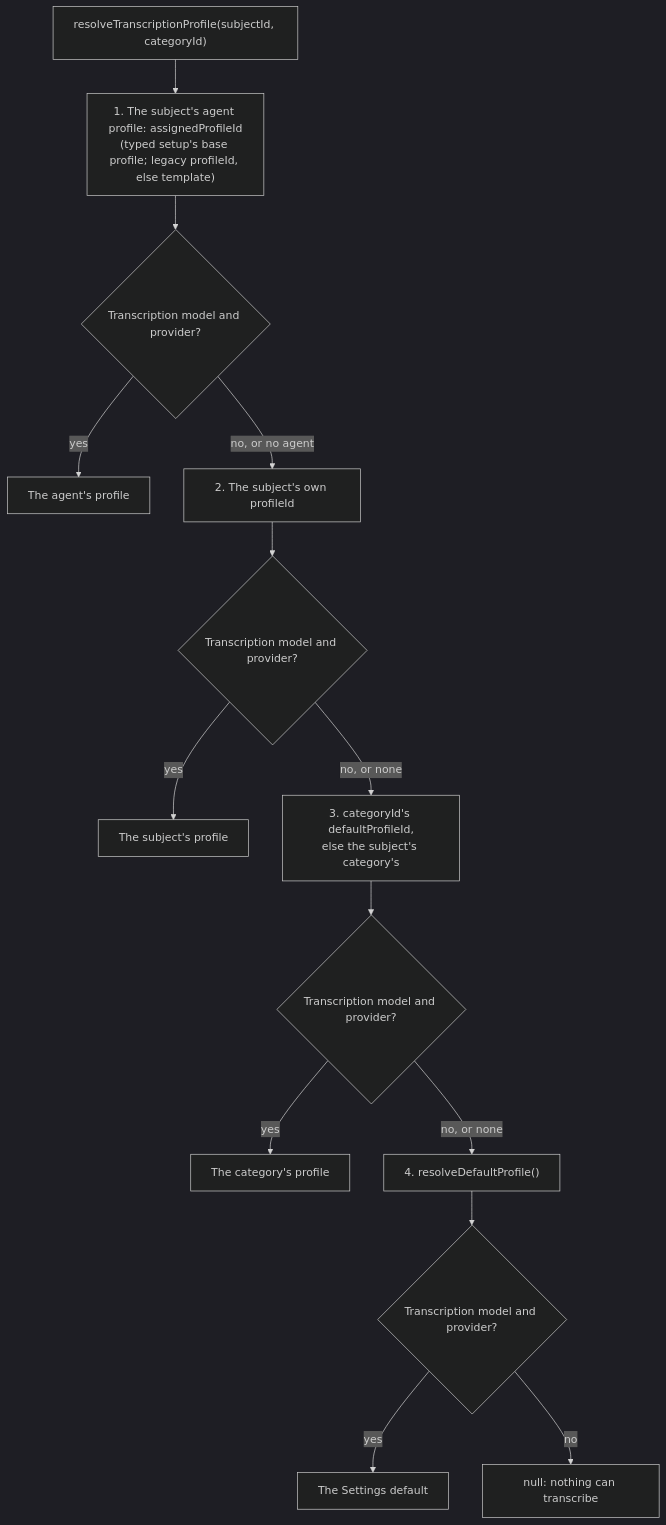
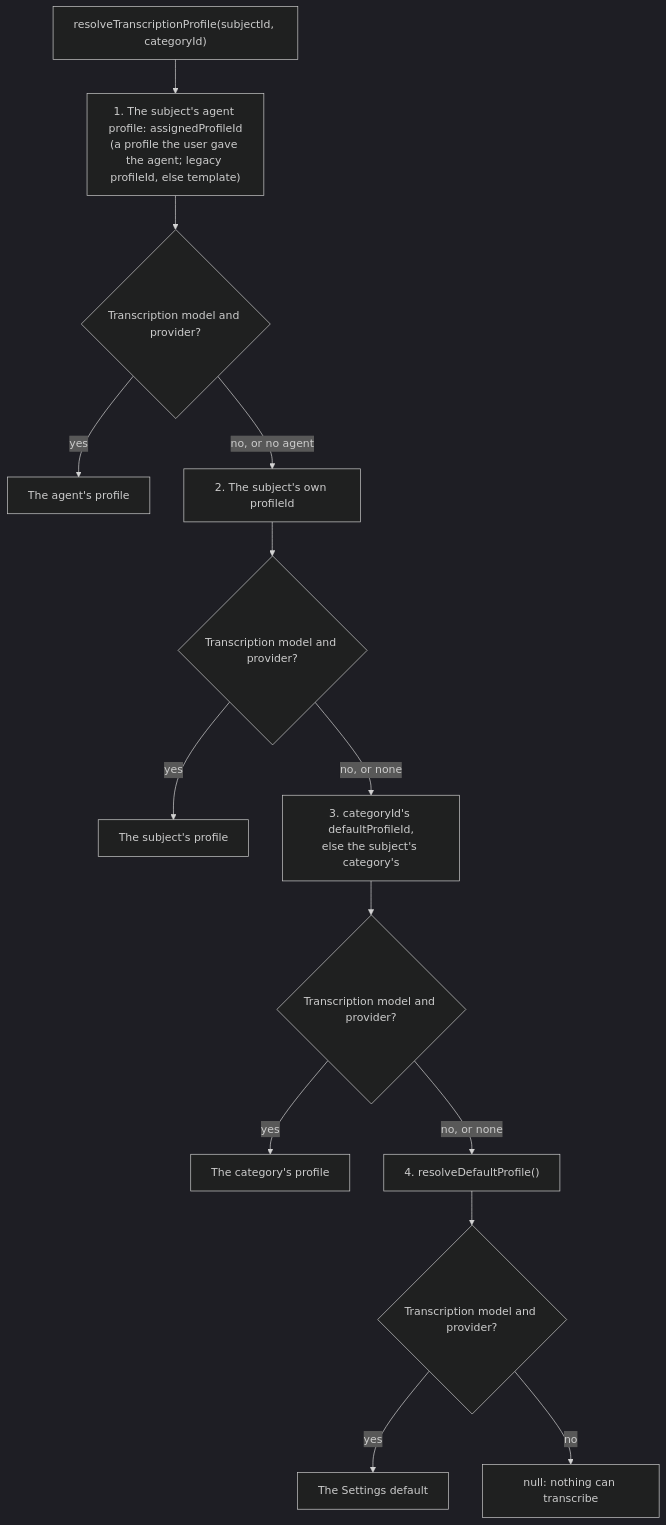
Before and after one commit to matthiasn/lotti: the third of 3 diagrams in knowledge/features/ai/profile-resolution.md, drawn with Mermaid (dark theme). The commit also changed other lines of this file and 36 other files, not shown here.

````diff
--- a/knowledge/features/ai/profile-resolution.md
+++ b/knowledge/features/ai/profile-resolution.md
@@ -259,16 +314,16 @@
 ```mermaid
 flowchart TD
-  Start["resolveTranscriptionProfile(subjectId, categoryId)"] --> Agent["1. The subject's agent profile: assignedProfileId<br/>(typed setup's base profile; legacy profileId, else template)"]
+  Start["resolveTranscriptionProfile(subjectId, categoryId)"] --> Agent["1. The subject's agent profile: assignedProfileId<br/>(a profile the user gave the agent; legacy profileId, else template)"]
   Agent --> AgentSlot{"Transcription model and provider?"}
   AgentSlot -->|yes| UseAgent["The agent's profile"]
   AgentSlot -->|"no, or no agent"| Own["2. The subject's own profileId"]
   Own --> OwnSlot{"Transcription model and provider?"}
   OwnSlot -->|yes| UseOwn["The subject's profile"]
   OwnSlot -->|"no, or none"| Cat["3. categoryId's defaultProfileId,<br/>else the subject's category's"]
   Cat --> CatSlot{"Transcription model and provider?"}
   CatSlot -->|yes| UseCat["The category's profile"]
   CatSlot -->|"no, or none"| Def["4. resolveDefaultProfile()"]
   Def --> DefSlot{"Transcription model and provider?"}
   DefSlot -->|yes| UseDef["The Settings default"]
   DefSlot -->|no| None["null: nothing can transcribe"]
 ```
````
